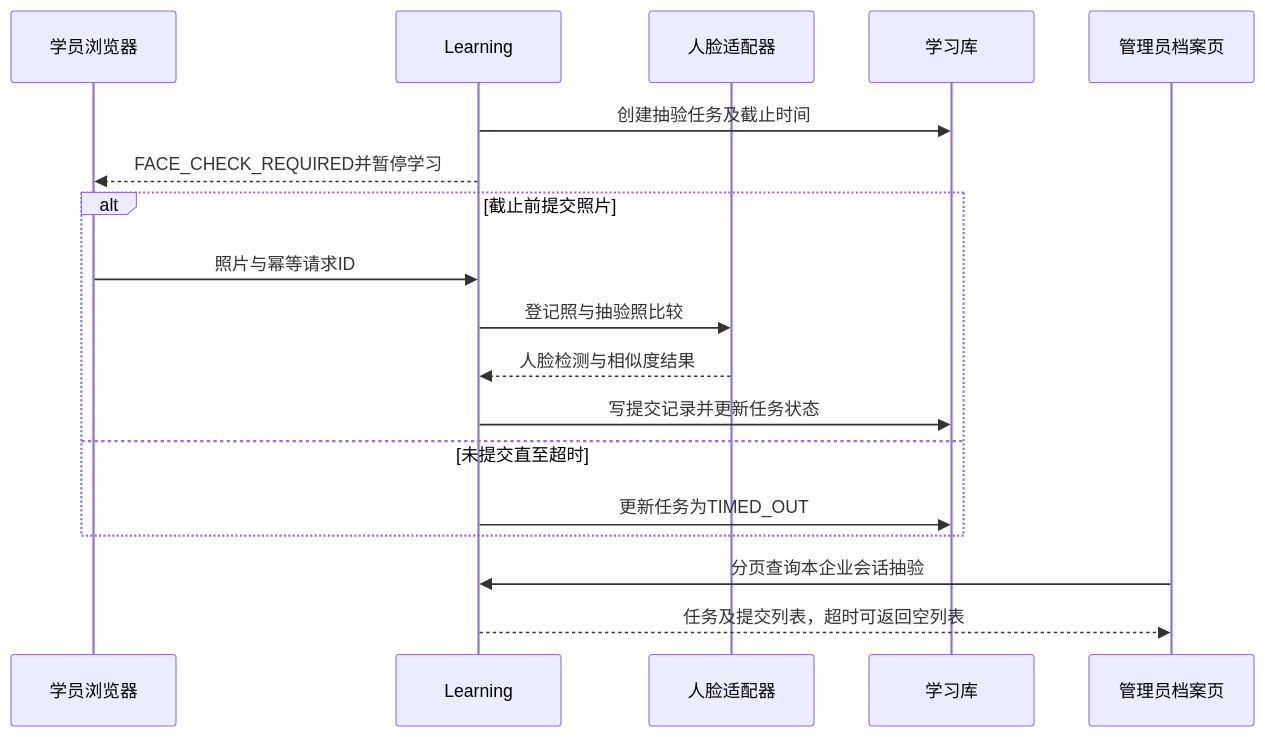
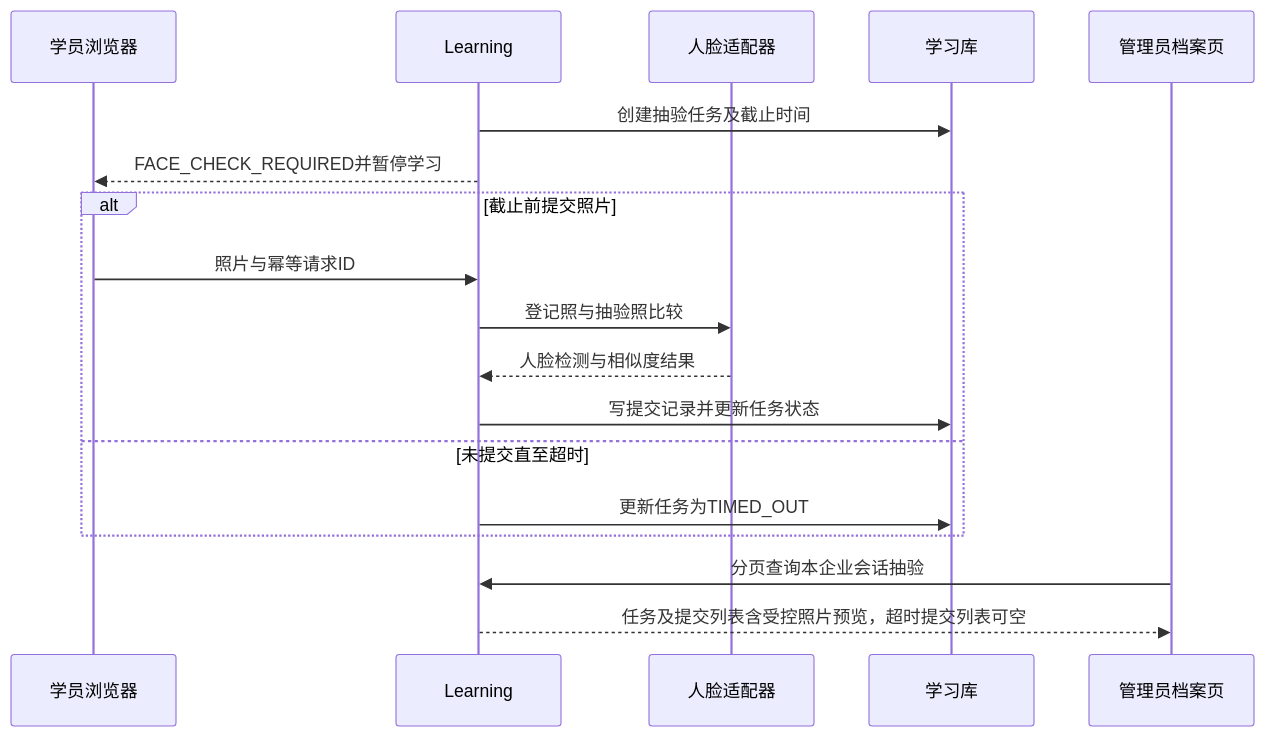
The fourth of 4 diagrams in docs/thesis/design-and-defense.md (Lijian500/road-transport-training-platform), drawn with Mermaid before and after one commit. The commit also changed other lines of this file and 125 other files, not shown here.

````diff
--- a/docs/thesis/design-and-defense.md
+++ b/docs/thesis/design-and-defense.md
@@ -117,20 +135,20 @@
 ```mermaid
 sequenceDiagram
     participant B as 学员浏览器
     participant L as Learning
     participant F as 人脸适配器
     participant D as 学习库
     participant A as 管理员档案页
     L->>D: 创建抽验任务及截止时间
     L-->>B: FACE_CHECK_REQUIRED并暂停学习
     alt 截止前提交照片
         B->>L: 照片与幂等请求ID
         L->>F: 登记照与抽验照比较
         F-->>L: 人脸检测与相似度结果
         L->>D: 写提交记录并更新任务状态
     else 未提交直至超时
         L->>D: 更新任务为TIMED_OUT
     end
     A->>L: 分页查询本企业会话抽验
-    L-->>A: 任务及提交列表，超时可返回空列表
+    L-->>A: 任务及提交列表含受控照片预览，超时提交列表可空
 ```
````
